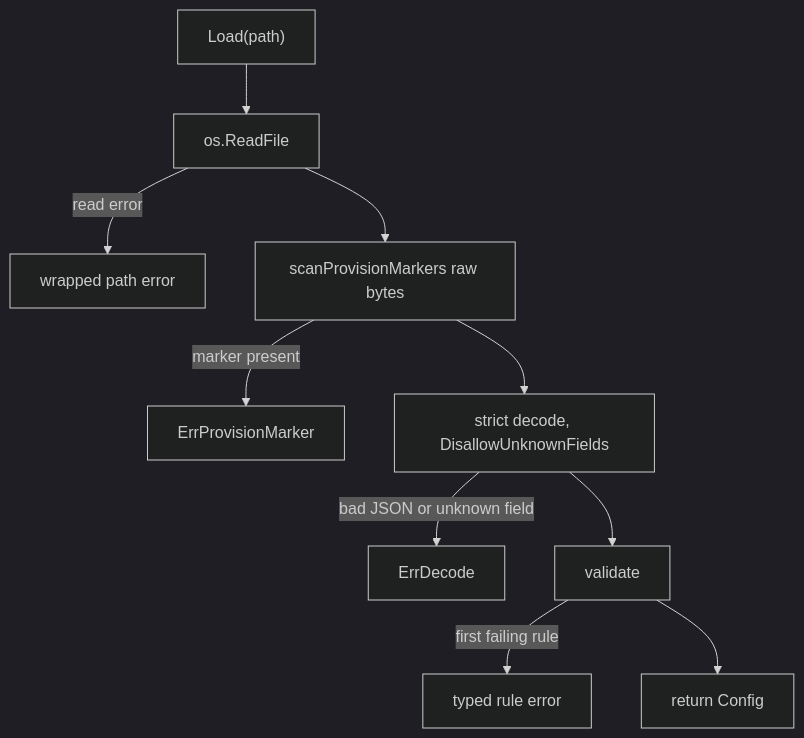
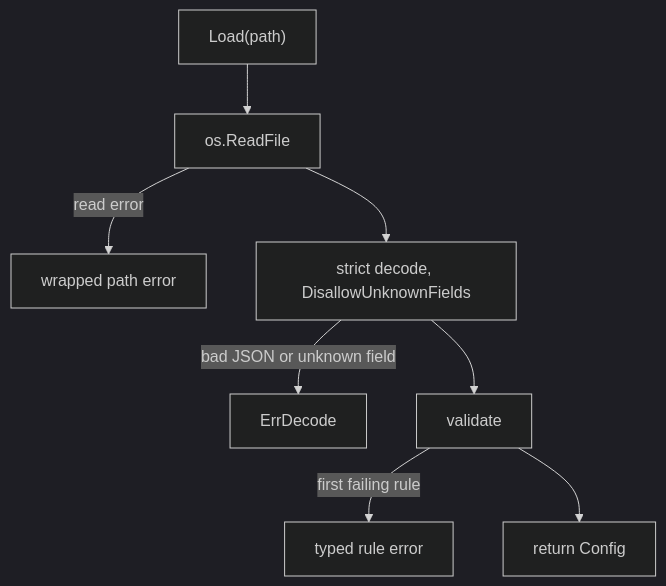
The diagram in docs/components/02-mountcfg.md (Wide-Moat/ocu-rclone-filestore), drawn with Mermaid (dark theme) before and after one commit. The commit also changed other lines of this file and 1 other file, not shown here.

````diff
--- a/docs/components/02-mountcfg.md
+++ b/docs/components/02-mountcfg.md
@@ -42,12 +49,10 @@
 ```mermaid
 flowchart TD
     A["Load(path)"] --> B["os.ReadFile"]
     B -->|read error| Z1["wrapped path error"]
-    B --> C["scanProvisionMarkers raw bytes"]
-    C -->|marker present| Z2["ErrProvisionMarker"]
-    C --> D["strict decode, DisallowUnknownFields"]
+    B --> D["strict decode, DisallowUnknownFields"]
     D -->|bad JSON or unknown field| Z3["ErrDecode"]
     D --> E["validate"]
     E -->|first failing rule| Z4["typed rule error"]
     E --> F["return Config"]
 ```
````
